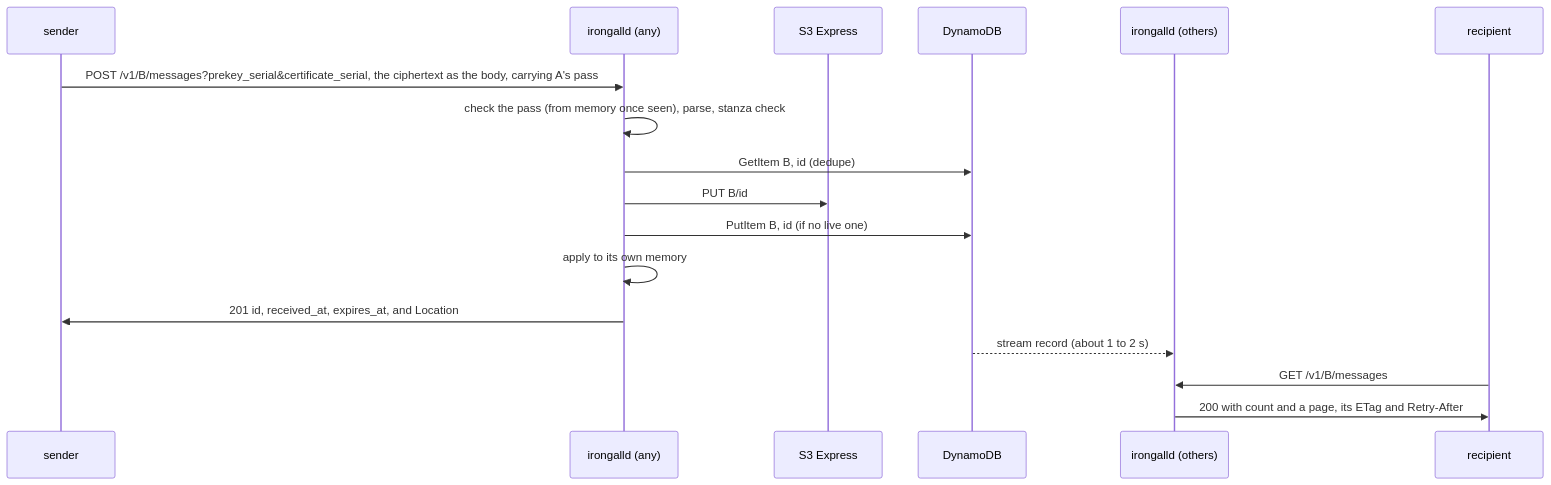
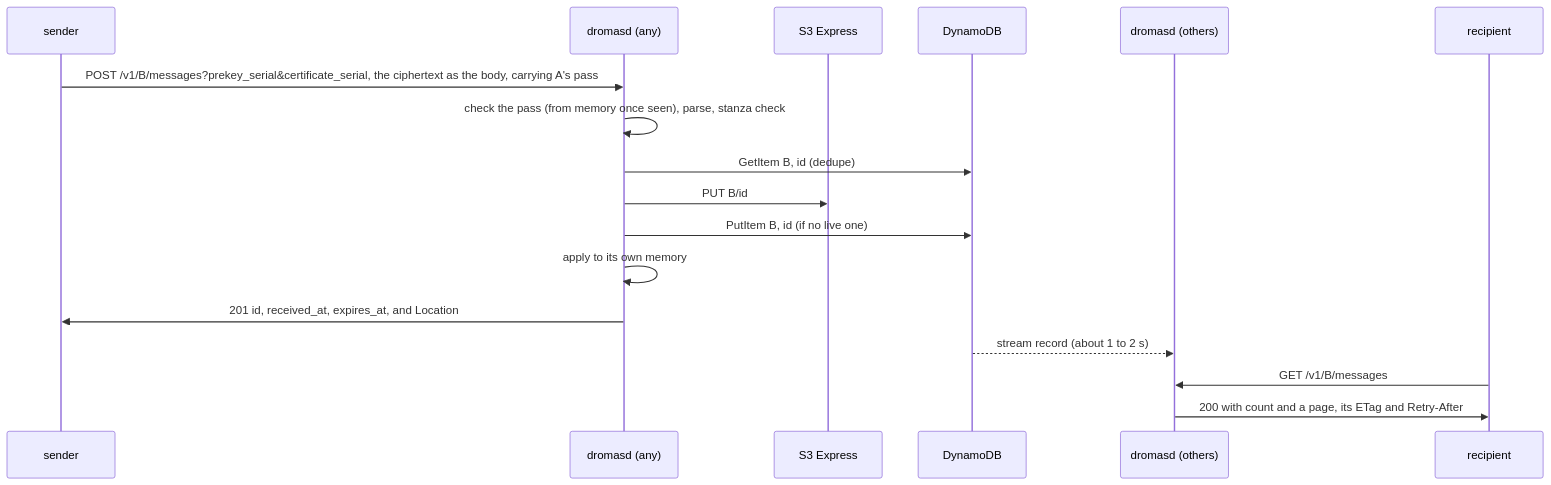
One commit to dromas-dev/dromas-server changed the second of 2 diagrams in ARCHITECTURE.md. Above: the diagram before and after it, drawn with Mermaid. The commit also changed other lines of this file and 101 other files, not shown here.

````diff
--- a/ARCHITECTURE.md
+++ b/ARCHITECTURE.md
@@ -170,19 +170,19 @@
 ```mermaid
 sequenceDiagram
   participant A as sender
-  participant P1 as irongalld (any)
+  participant P1 as dromasd (any)
   participant S3 as S3 Express
   participant D as DynamoDB
-  participant P2 as irongalld (others)
+  participant P2 as dromasd (others)
   participant B as recipient
   A->>P1: POST /v1/B/messages?prekey_serial&certificate_serial, the ciphertext as the body, carrying A's pass
   P1->>P1: check the pass (from memory once seen), parse, stanza check
   P1->>D: GetItem B, id (dedupe)
   P1->>S3: PUT B/id
   P1->>D: PutItem B, id (if no live one)
   P1->>P1: apply to its own memory
   P1->>A: 201 id, received_at, expires_at, and Location
   D-->>P2: stream record (about 1 to 2 s)
   B->>P2: GET /v1/B/messages
   P2->>B: 200 with count and a page, its ETag and Retry-After
 ```
````
